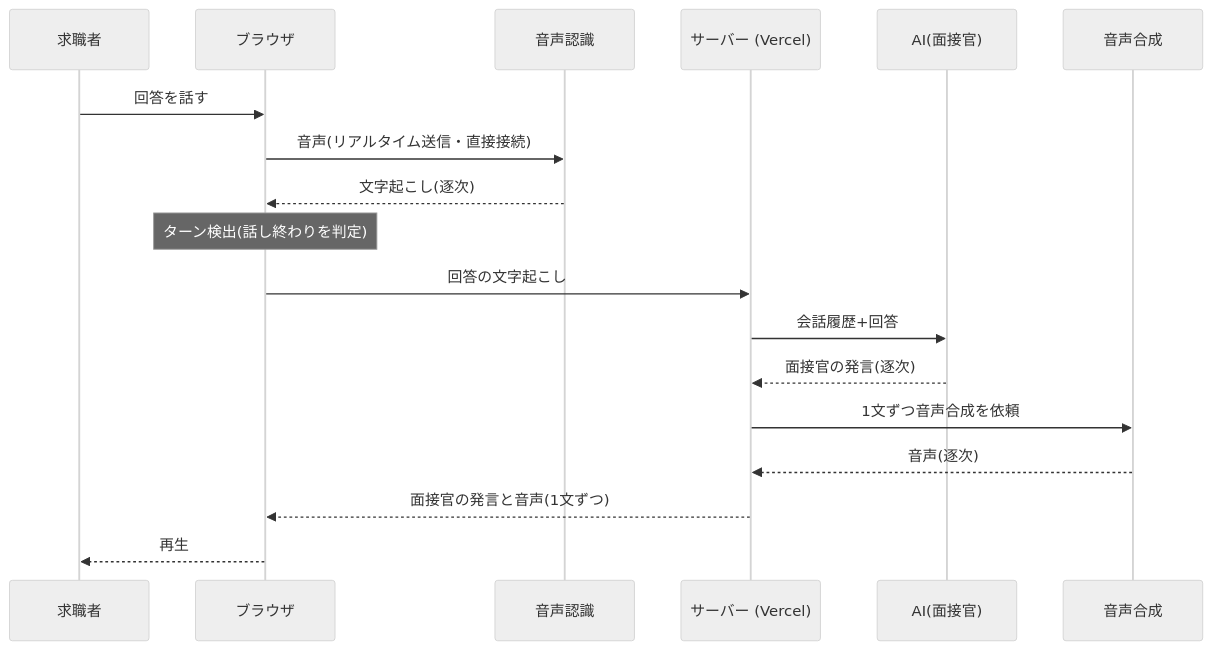
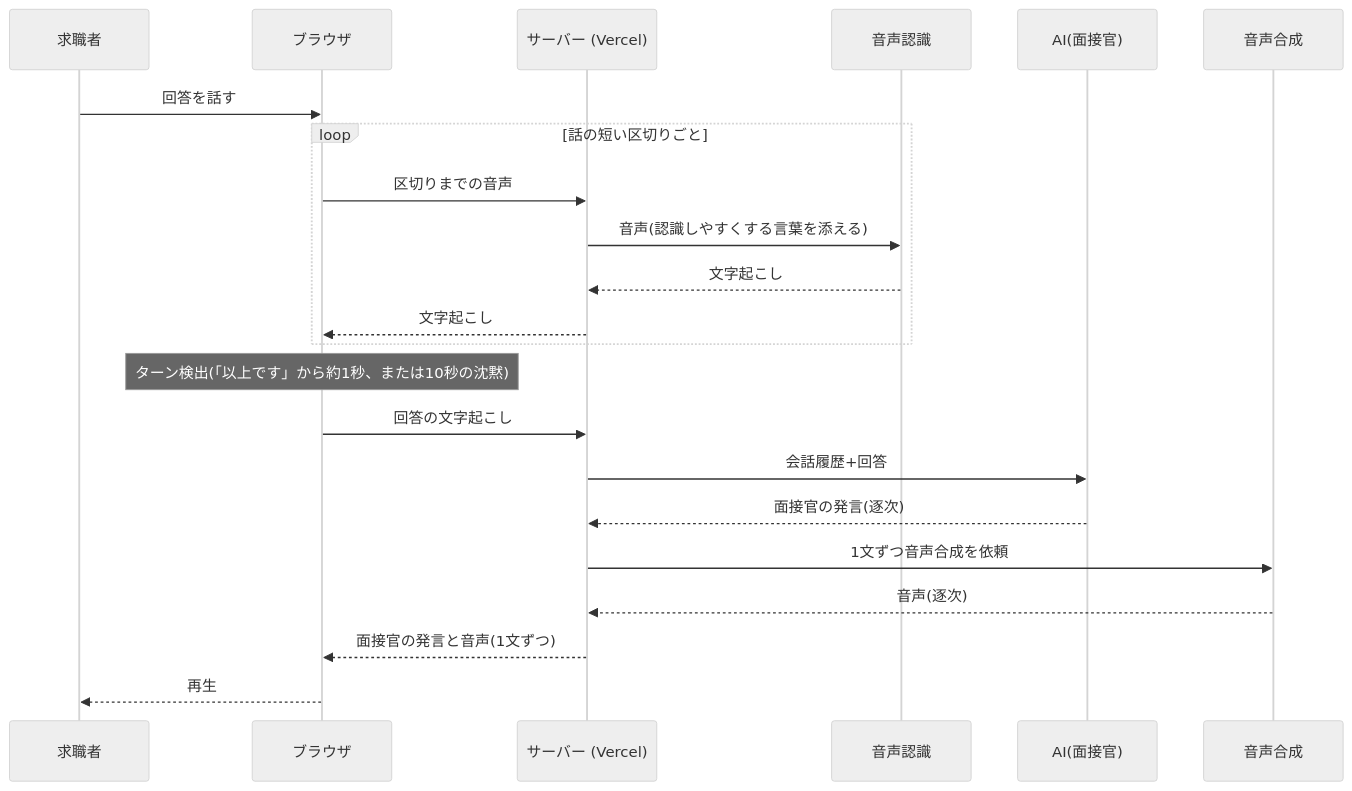
Before and after one commit to tarokuma555-maker/AI-interview-pj: the second of 6 diagrams in docs/requirements.md, drawn with Mermaid (neutral theme). The commit also changed other lines of this file and 4 other files, not shown here.

````diff
--- a/docs/requirements.md
+++ b/docs/requirements.md
@@ -319,20 +395,24 @@
 ```mermaid
 sequenceDiagram
     participant U as 求職者
     participant B as ブラウザ
+    participant V as サーバー (Vercel)
     participant S as 音声認識
-    participant V as サーバー (Vercel)
     participant L as AI(面接官)
     participant T as 音声合成
     U->>B: 回答を話す
-    B->>S: 音声(リアルタイム送信・直接接続)
-    S-->>B: 文字起こし(逐次)
-    Note over B: ターン検出(話し終わりを判定)
+    loop 話の短い区切りごと
+        B->>V: 区切りまでの音声
+        V->>S: 音声(認識しやすくする言葉を添える)
+        S-->>V: 文字起こし
+        V-->>B: 文字起こし
+    end
+    Note over B: ターン検出(「以上です」から約1秒、または10秒の沈黙)
     B->>V: 回答の文字起こし
     V->>L: 会話履歴+回答
     L-->>V: 面接官の発言(逐次)
     V->>T: 1文ずつ音声合成を依頼
     T-->>V: 音声(逐次)
     V-->>B: 面接官の発言と音声(1文ずつ)
     B-->>U: 再生
 ```
````
